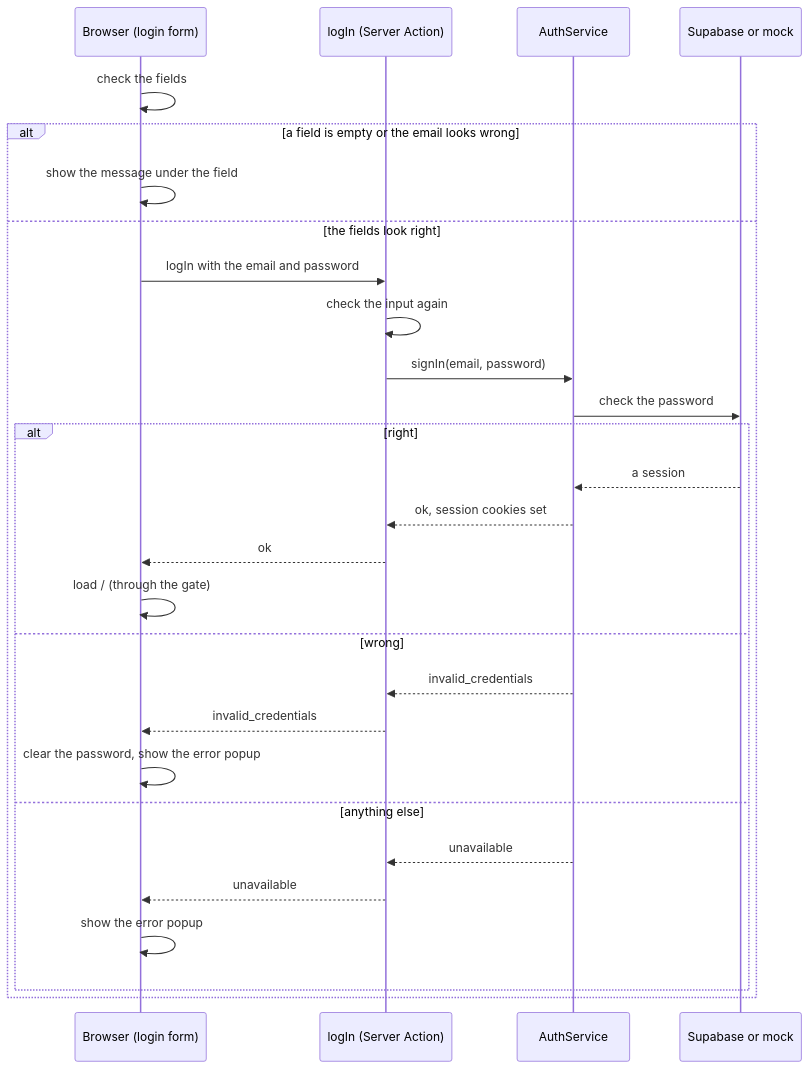
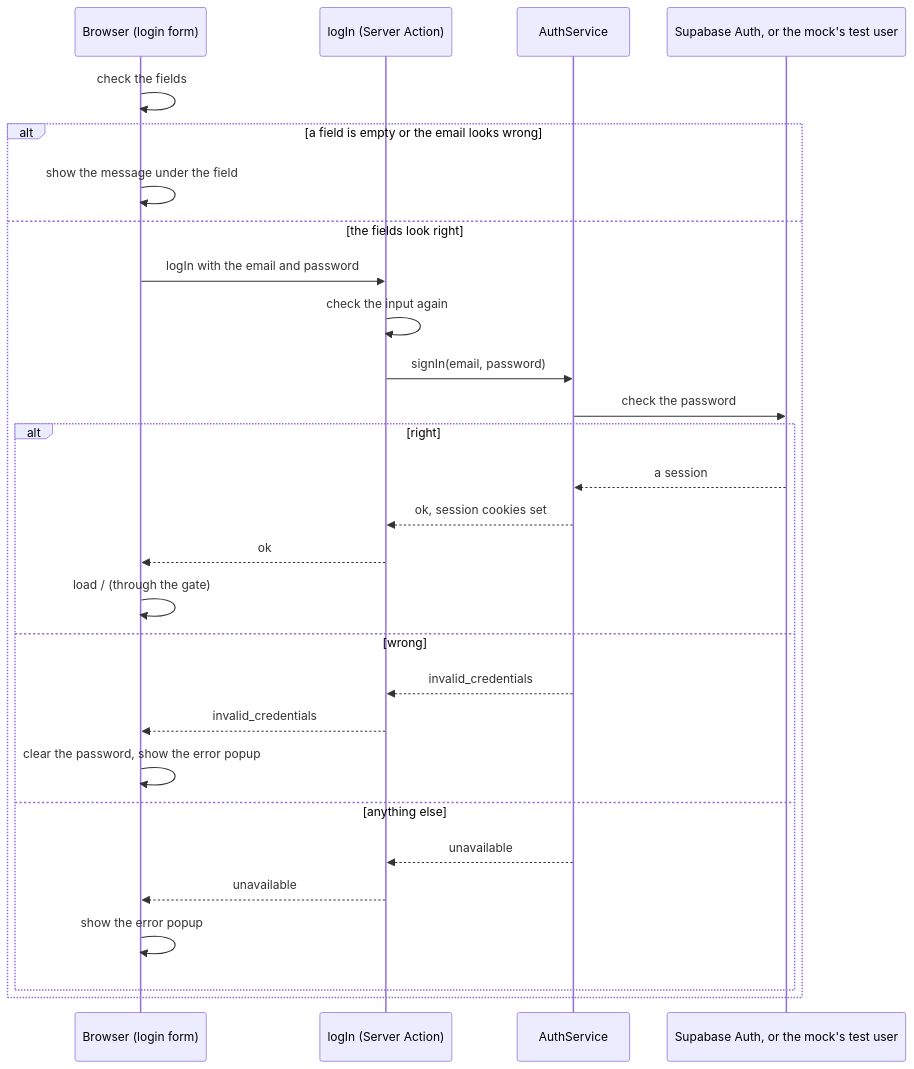
Before and after one commit to football-toolkit/squadhopper: the second of 3 diagrams in docs/explanation/architecture.md, drawn with Mermaid. The commit also changed other lines of this file and 1 other file, not shown here.

First line of the commit message:
docs: fix review findings in the architecture overview

````diff
--- a/docs/explanation/architecture.md
+++ b/docs/explanation/architecture.md
@@ -104,30 +105,30 @@
 ```mermaid
 sequenceDiagram
     participant B as Browser (login form)
     participant L as logIn (Server Action)
     participant A as AuthService
-    participant X as Supabase or mock
+    participant X as Supabase Auth, or the mock's test user
     B->>B: check the fields
     alt a field is empty or the email looks wrong
         B->>B: show the message under the field
     else the fields look right
         B->>L: logIn with the email and password
         L->>L: check the input again
         L->>A: signIn(email, password)
         A->>X: check the password
         alt right
             X-->>A: a session
             A-->>L: ok, session cookies set
             L-->>B: ok
             B->>B: load / (through the gate)
         else wrong
             A-->>L: invalid_credentials
             L-->>B: invalid_credentials
             B->>B: clear the password, show the error popup
         else anything else
             A-->>L: unavailable
             L-->>B: unavailable
             B->>B: show the error popup
         end
     end
 ```
````
